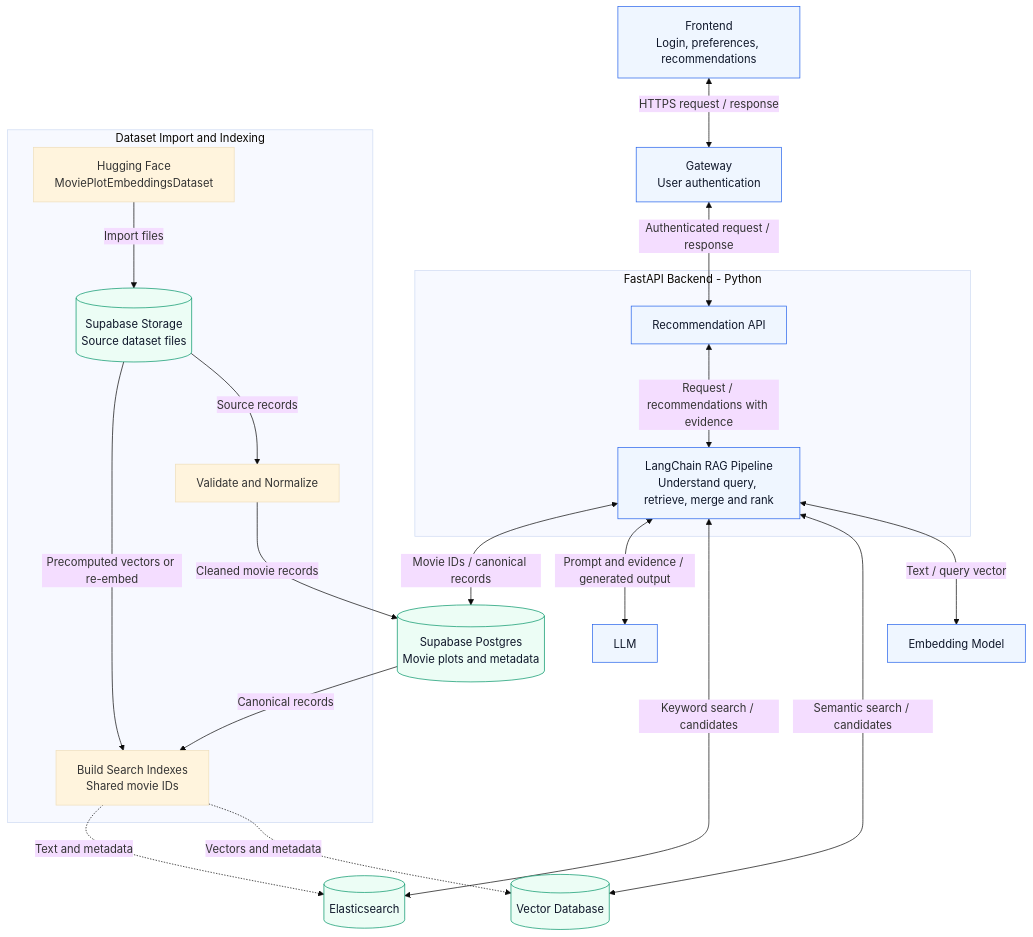
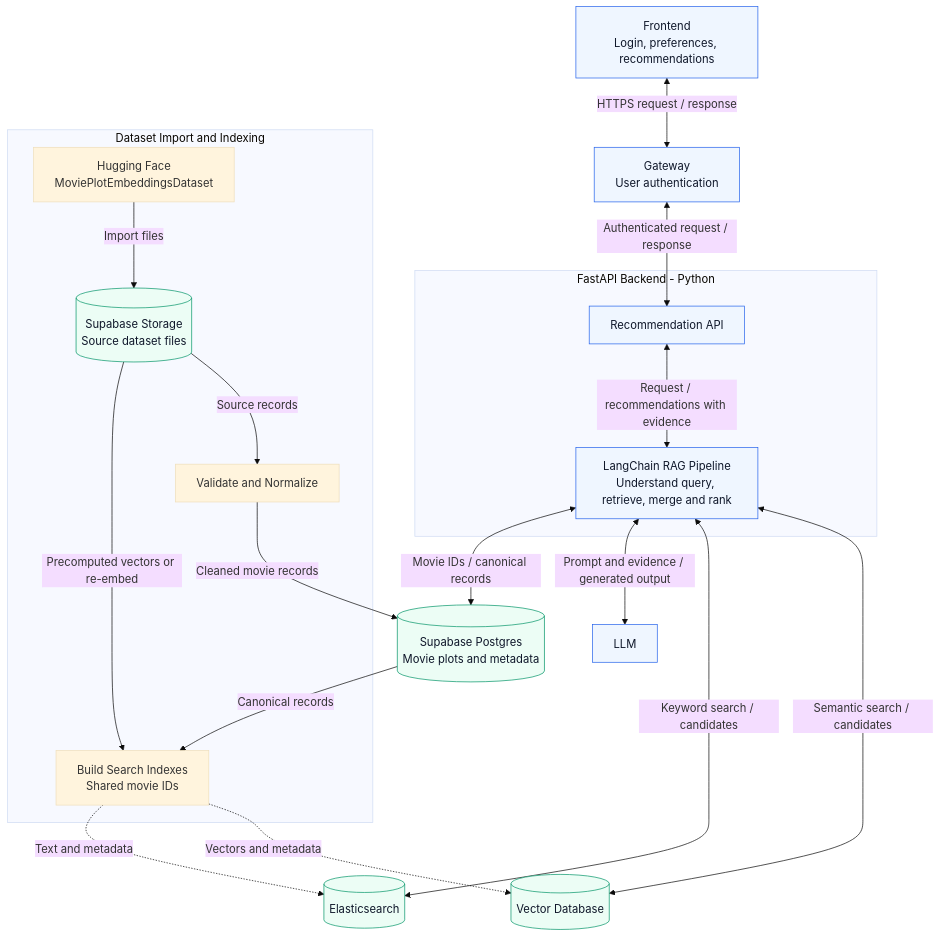
Before and after one commit to Ed1sonL1-byte/v-me-50: the diagram in figures/system-architecture.md, drawn with Mermaid (base theme).

````diff
--- a/figures/system-architecture.md
+++ b/figures/system-architecture.md
@@ -5,36 +5,35 @@
 ```mermaid
 flowchart TB
     frontend["Frontend<br/>Login, preferences, recommendations"]
     gateway["Gateway<br/>User authentication"]
     subgraph backend["FastAPI Backend - Python"]
         api["Recommendation API"]
         chain["LangChain RAG Pipeline<br/>Understand query, retrieve, merge and rank"]
         api <-->|Request / recommendations with evidence| chain
     end
     frontend <-->|HTTPS request / response| gateway
     gateway <-->|Authenticated request / response| api
-    chain <-->|Text / query vector| embedding["Embedding Model"]
     chain <-->|Semantic search / candidates| vector[("Vector Database")]
     chain <-->|Keyword search / candidates| elastic[("Elasticsearch")]
     chain <-->|Prompt and evidence / generated output| llm["LLM"]
     chain <-->|Movie IDs / canonical records| postgres[("Supabase Postgres<br/>Movie plots and metadata")]
 
     subgraph ingestion["Dataset Import and Indexing"]
         dataset["Hugging Face<br/>MoviePlotEmbeddingsDataset"]
         storage[("Supabase Storage<br/>Source dataset files")]
         clean["Validate and Normalize"]
         indexer["Build Search Indexes<br/>Shared movie IDs"]
         dataset -->|Import files| storage
         storage -->|Source records| clean
     end
     clean -->|Cleaned movie records| postgres
     postgres -->|Canonical records| indexer
     storage -->|Precomputed vectors or re-embed| indexer
     indexer -.->|Vectors and metadata| vector
     indexer -.->|Text and metadata| elastic
 
     classDef service fill:#eff6ff,stroke:#2563eb,color:#0f172a
     classDef data fill:#ecfdf5,stroke:#059669,color:#0f172a
     class frontend,gateway,api,chain,embedding,llm service
     class vector,elastic,postgres,storage data
 ```
````
